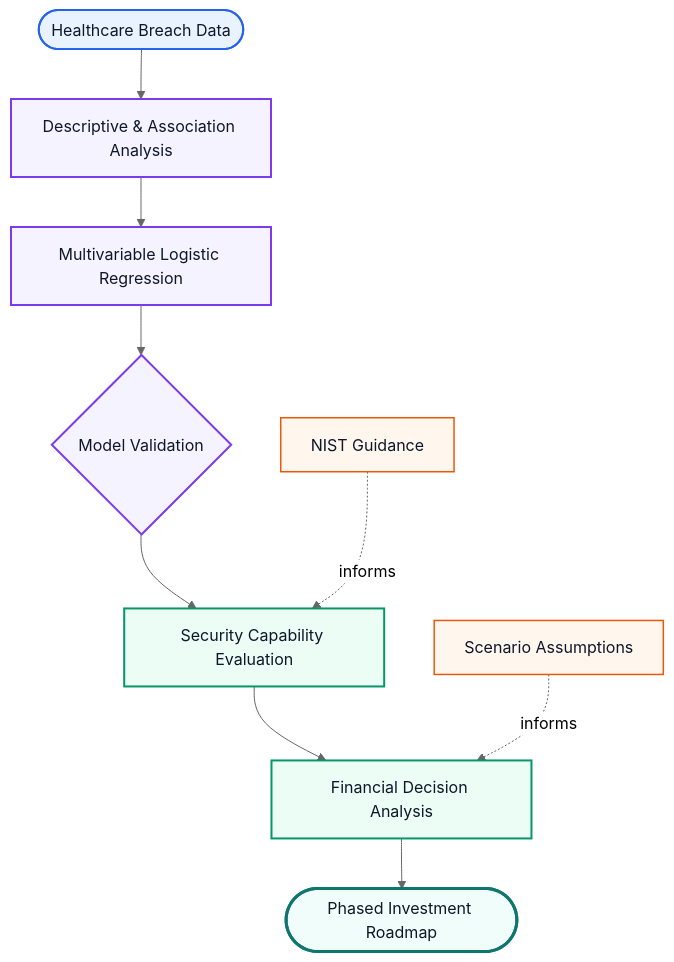
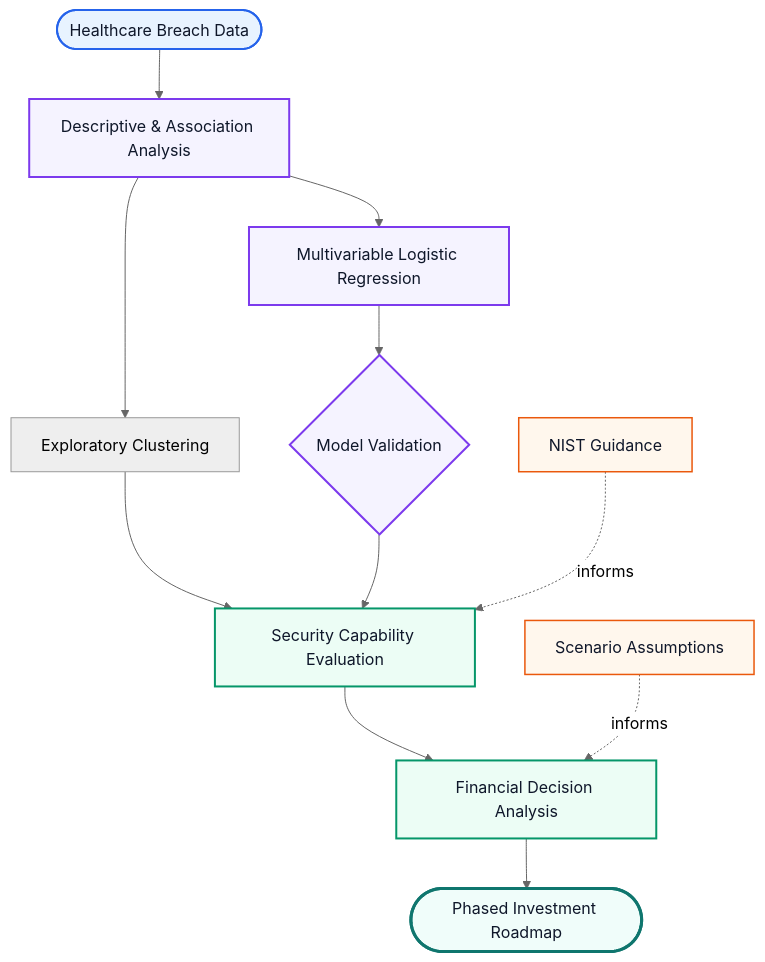
The diagram in README.md (rachelletecharchitect01-star/security-architecture-capstone), drawn with Mermaid (neutral theme) before and after one commit. The commit also changed other lines of this file, not shown here.

````diff
--- a/README.md
+++ b/README.md
@@ -31,24 +31,26 @@
 ```mermaid
 flowchart TB
     A([Healthcare Breach Data]) --> B[Descriptive & Association Analysis]
+    B --> X[Exploratory Clustering]
     B --> C[Multivariable Logistic Regression]
+    X --> E
     C --> D{Model Validation}
     D --> E[Security Capability Evaluation]
     E --> F[Financial Decision Analysis]
     F --> G([Phased Investment Roadmap])
 
     N[NIST Guidance] -. informs .-> E
     S[Scenario Assumptions] -. informs .-> F
 
     classDef source fill:#E8F3FF,stroke:#2563EB,stroke-width:2px,color:#0F172A;
     classDef analysis fill:#F5F3FF,stroke:#7C3AED,stroke-width:2px,color:#0F172A;
     classDef decision fill:#ECFDF5,stroke:#059669,stroke-width:2px,color:#0F172A;
     classDef support fill:#FFF7ED,stroke:#EA580C,stroke-width:1.5px,color:#0F172A;
     classDef outcome fill:#F0FDFA,stroke:#0F766E,stroke-width:3px,color:#0F172A;
 
     class A source;
     class B,C,D analysis;
     class E,F decision;
     class N,S support;
     class G outcome;
 ```
````
